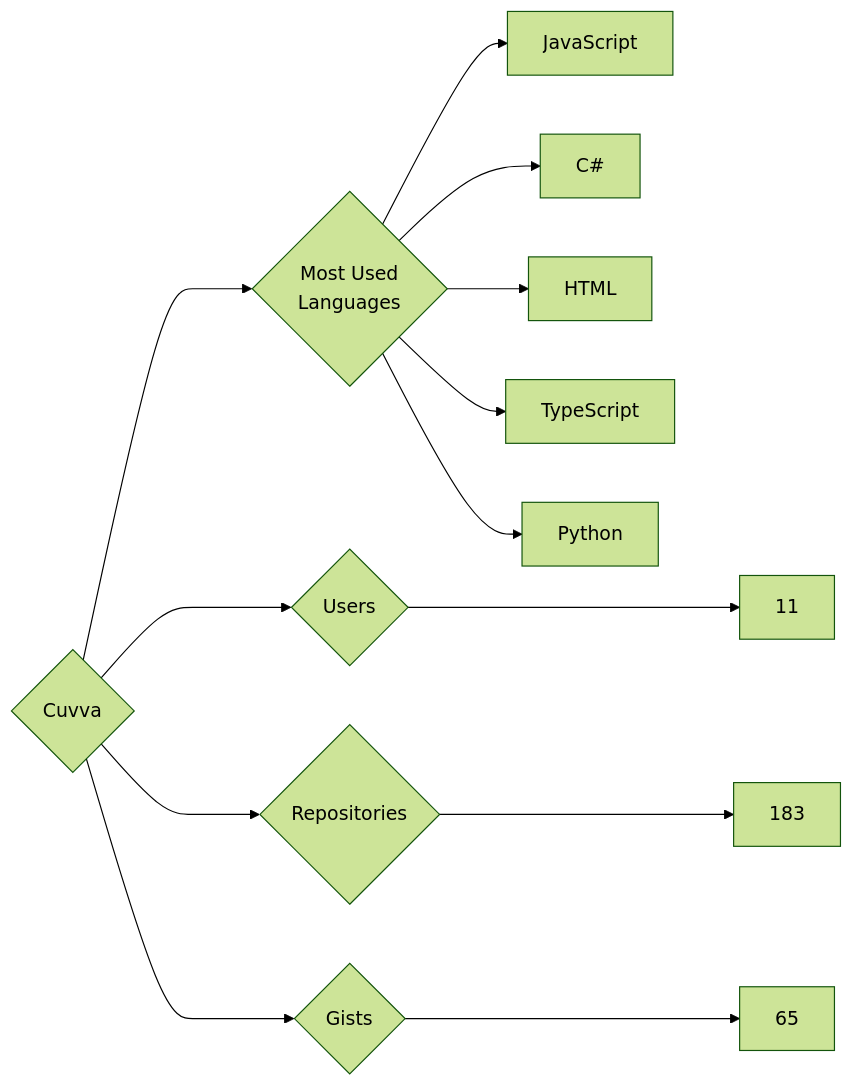
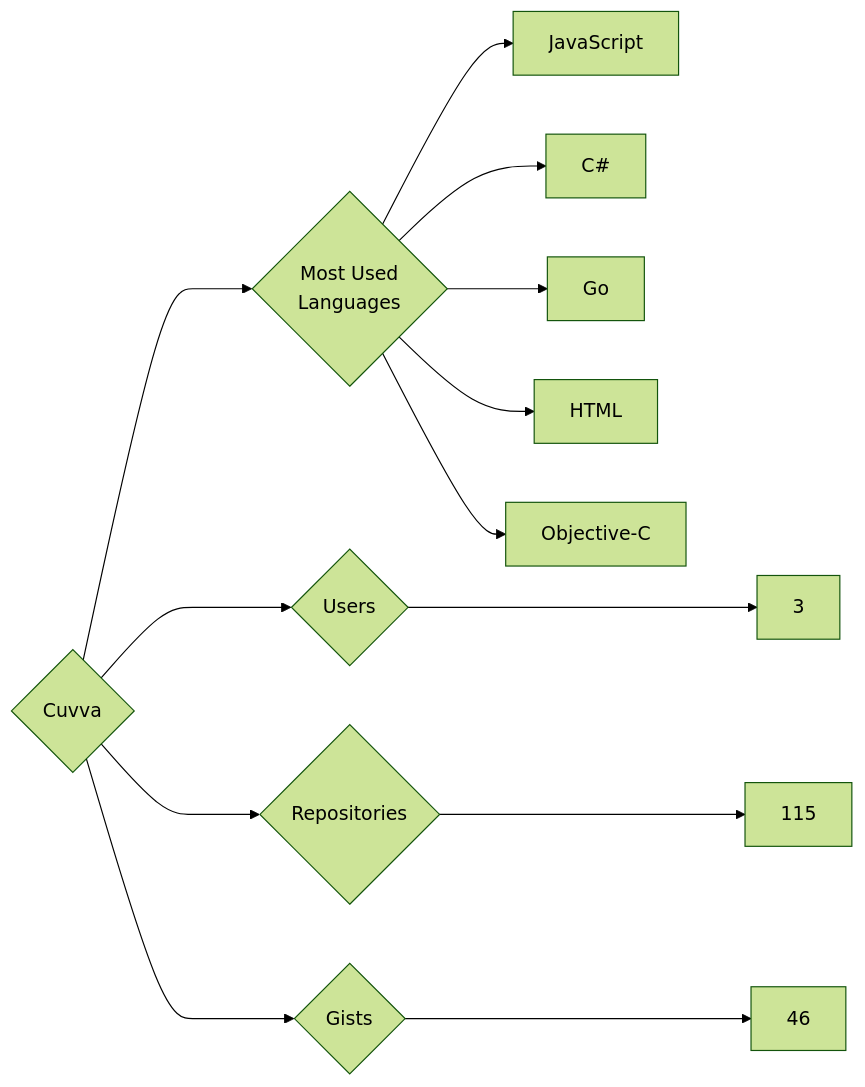
Before and after one commit to trickest/insiders: the diagram in targets/Cuvva/README.md, drawn with Mermaid (forest theme). The commit also changed 861 other files, not shown here.

````diff
--- a/targets/Cuvva/README.md
+++ b/targets/Cuvva/README.md
@@ -3,13 +3,13 @@
 ```mermaid
 graph LR
 COMPANY_NAME{Cuvva}
-COMPANY_NAME ---> U{Users} ---> UN[11]
-COMPANY_NAME ---> R{Repositories} ---> RN[183]
-COMPANY_NAME ---> G{Gists} ---> GN[65]
+COMPANY_NAME ---> U{Users} ---> UN[3]
+COMPANY_NAME ---> R{Repositories} ---> RN[115]
+COMPANY_NAME ---> G{Gists} ---> GN[46]
 COMPANY_NAME ---> ML{Most Used<br>Languages}
 ML --> JavaScript[JavaScript]
 ML --> C#[C#]
+ML --> Go[Go]
 ML --> HTML[HTML]
-ML --> TypeScript[TypeScript]
-ML --> Python[Python]
+ML --> Objective-C[Objective-C]
 ```
````
